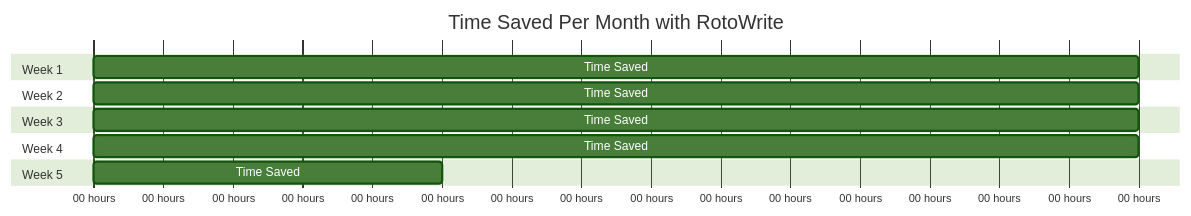
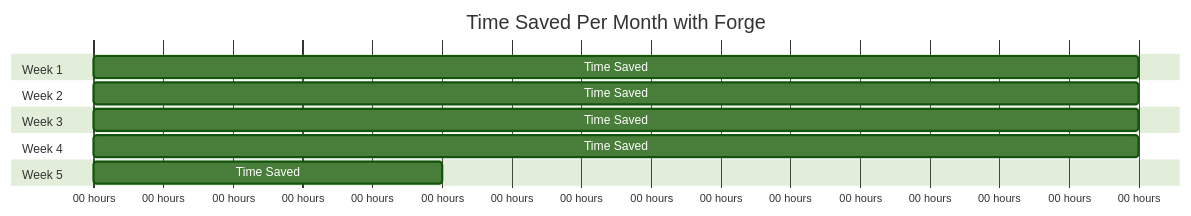
One commit to verygooddesigners/forge changed the fourth of 6 diagrams in presentation-diagrams/time-savings-visualization.md. Above: the diagram before and after it, drawn with Mermaid (forest theme). The commit also changed other lines of this file and 132 other files, not shown here.

First line of the commit message:
Rename application from RotoWrite to Forge

````diff
--- a/presentation-diagrams/time-savings-visualization.md
+++ b/presentation-diagrams/time-savings-visualization.md
@@ -103,21 +103,21 @@
 ```mermaid
 gantt
-    title Time Saved Per Month with RotoWrite
+    title Time Saved Per Month with Forge
     dateFormat X
     axisFormat %H hours
     
     section Week 1
     Time Saved   :0, 75
     
     section Week 2
     Time Saved   :0, 75
     
     section Week 3
     Time Saved   :0, 75
     
     section Week 4
     Time Saved   :0, 75
     
     section Week 5
     Time Saved   :0, 25
 ```
````
